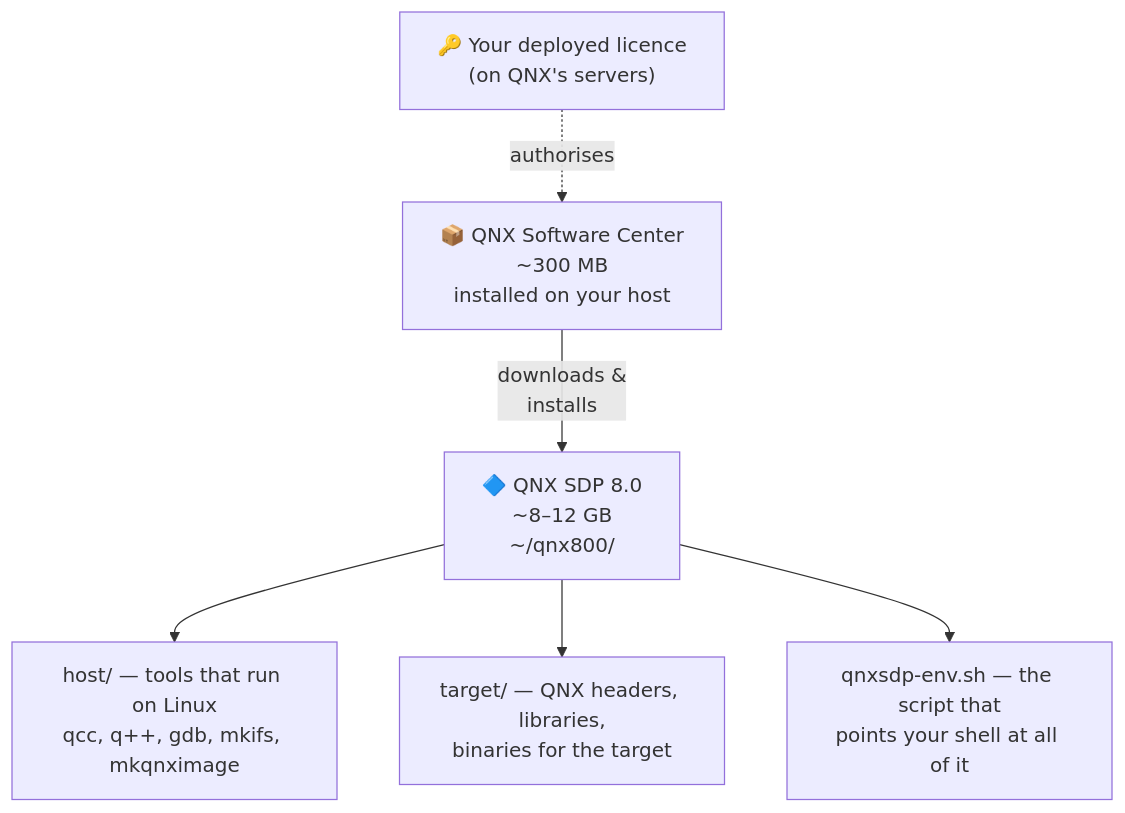
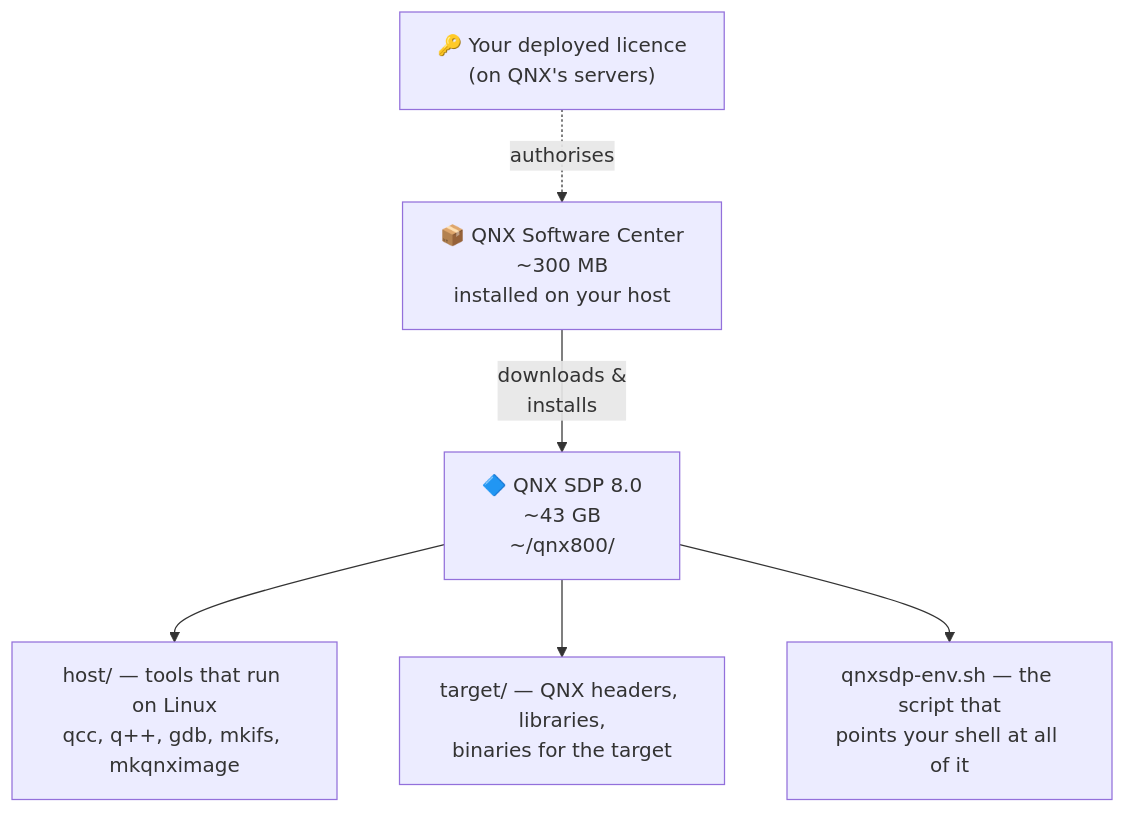
One commit to Tyrostir/qnx-zero-to-hero changed the third of 3 diagrams in docs/guides/Setup_02_QNX_Account_And_License.md. Above: the diagram before and after it, drawn with Mermaid. The commit also changed other lines of this file and 22 other files, not shown here.

````diff
--- a/docs/guides/Setup_02_QNX_Account_And_License.md
+++ b/docs/guides/Setup_02_QNX_Account_And_License.md
@@ -314,9 +314,9 @@
 ```mermaid
 flowchart TD
     LIC["🔑 Your deployed licence<br/>(on QNX's servers)"] -.->|"authorises"| QSC
     QSC["📦 QNX Software Center<br/>~300 MB<br/>installed on your host"] -->|"downloads &<br/>installs"| SDP
-    SDP["🔷 QNX SDP 8.0<br/>~8–12 GB<br/>~/qnx800/"]
+    SDP["🔷 QNX SDP 8.0<br/>~43 GB<br/>~/qnx800/"]
     SDP --> H["host/ — tools that run on Linux<br/>qcc, q++, gdb, mkifs, mkqnximage"]
     SDP --> T["target/ — QNX headers, libraries,<br/>binaries for the target"]
     SDP --> E["qnxsdp-env.sh — the script that<br/>points your shell at all of it"]
 ```
````
